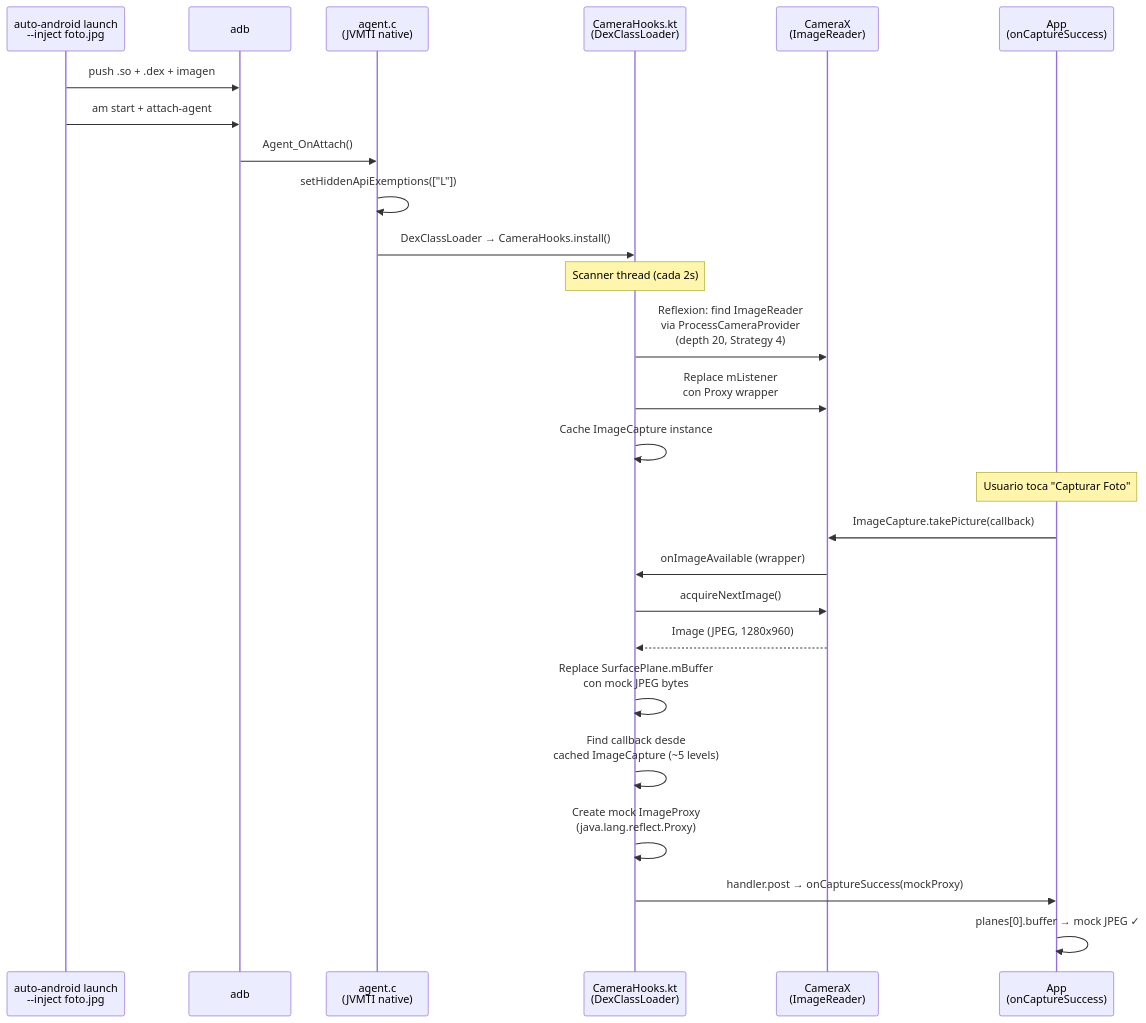
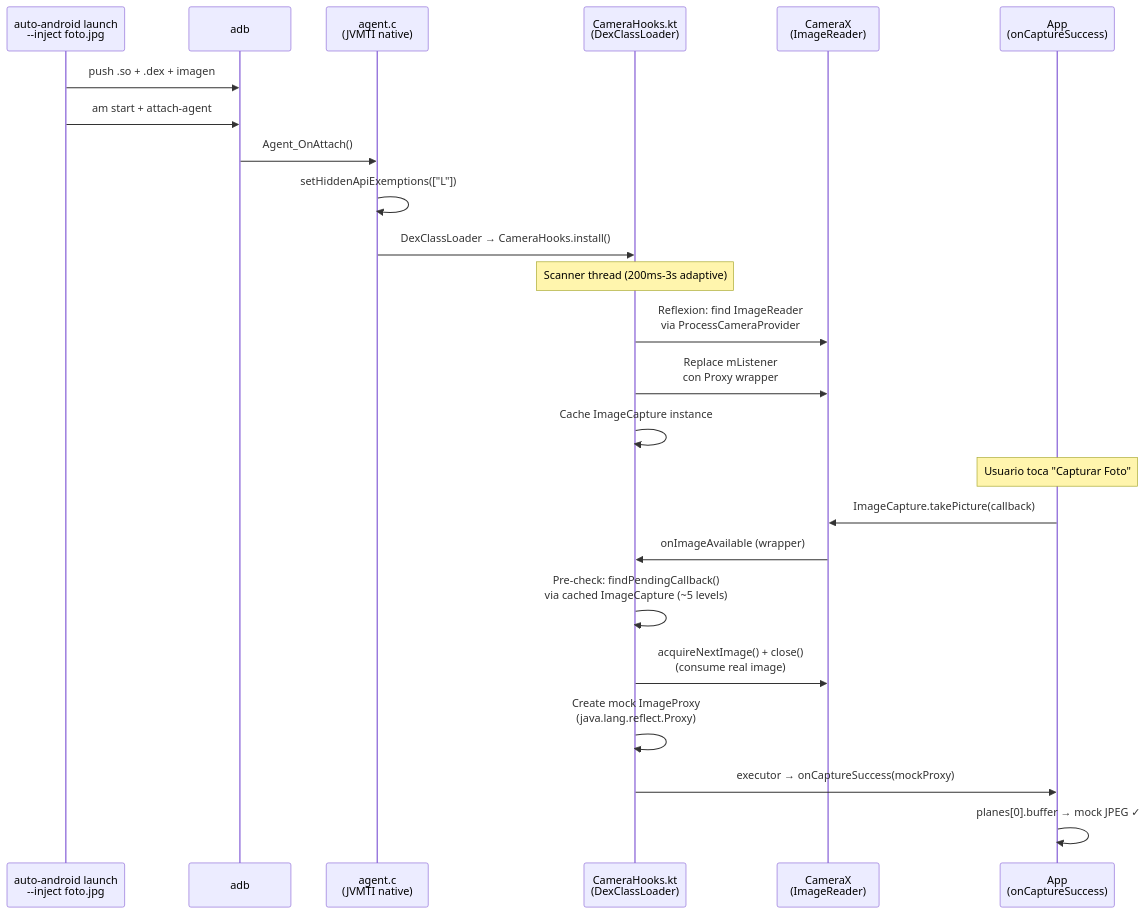
Before and after one commit to fsaldivar-dev/AutoPilot: the third of 4 diagrams in docs/libro/10-paridad-android.md, drawn with Mermaid. The commit also changed other lines of this file and 1 other file, not shown here.

First line of the commit message:
docs: session 2026-04-04 — camera capture interception fix + E2E matrix

````diff
--- a/docs/libro/10-paridad-android.md
+++ b/docs/libro/10-paridad-android.md
@@ -204,31 +204,29 @@
 ```mermaid
 sequenceDiagram
     participant CLI as auto-android launch<br/>--inject foto.jpg
     participant ADB as adb
     participant JVMTI as agent.c<br/>(JVMTI native)
     participant DEX as CameraHooks.kt<br/>(DexClassLoader)
     participant CX as CameraX<br/>(ImageReader)
     participant App as App<br/>(onCaptureSuccess)
 
     CLI->>ADB: push .so + .dex + imagen
     CLI->>ADB: am start + attach-agent
     ADB->>JVMTI: Agent_OnAttach()
     JVMTI->>JVMTI: setHiddenApiExemptions(["L"])
     JVMTI->>DEX: DexClassLoader → CameraHooks.install()
 
-    Note over DEX: Scanner thread (cada 2s)
-    DEX->>CX: Reflexion: find ImageReader<br/>via ProcessCameraProvider<br/>(depth 20, Strategy 4)
+    Note over DEX: Scanner thread (200ms-3s adaptive)
+    DEX->>CX: Reflexion: find ImageReader<br/>via ProcessCameraProvider
     DEX->>CX: Replace mListener<br/>con Proxy wrapper
     DEX->>DEX: Cache ImageCapture instance
 
     Note over App: Usuario toca "Capturar Foto"
     App->>CX: ImageCapture.takePicture(callback)
     CX->>DEX: onImageAvailable (wrapper)
-    DEX->>CX: acquireNextImage()
-    CX-->>DEX: Image (JPEG, 1280x960)
-    DEX->>DEX: Replace SurfacePlane.mBuffer<br/>con mock JPEG bytes
-    DEX->>DEX: Find callback desde<br/>cached ImageCapture (~5 levels)
+    DEX->>DEX: Pre-check: findPendingCallback()<br/>via cached ImageCapture (~5 levels)
+    DEX->>CX: acquireNextImage() + close()<br/>(consume real image)
     DEX->>DEX: Create mock ImageProxy<br/>(java.lang.reflect.Proxy)
-    DEX->>App: handler.post → onCaptureSuccess(mockProxy)
+    DEX->>App: executor → onCaptureSuccess(mockProxy)
     App->>App: planes[0].buffer → mock JPEG ✓
 ```
````
